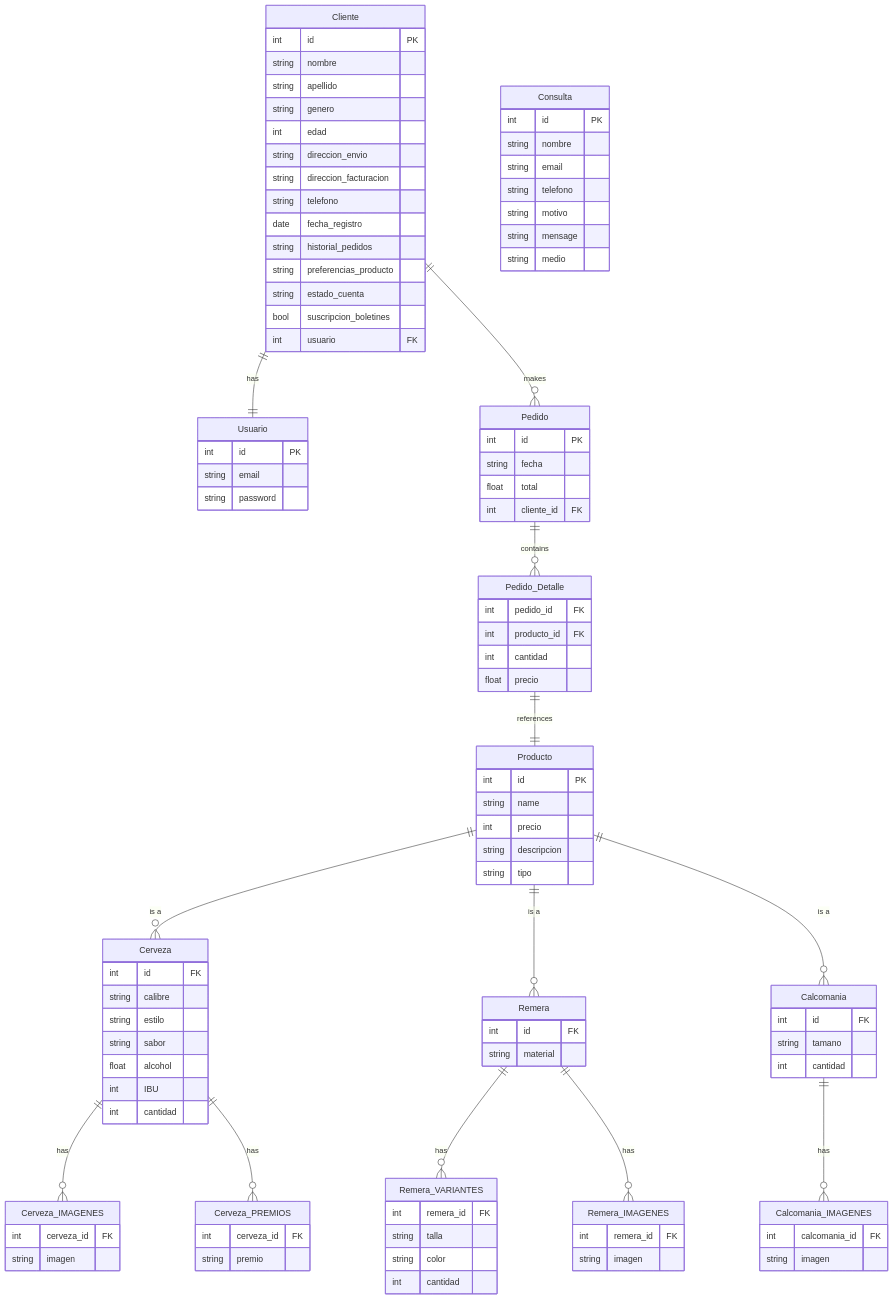
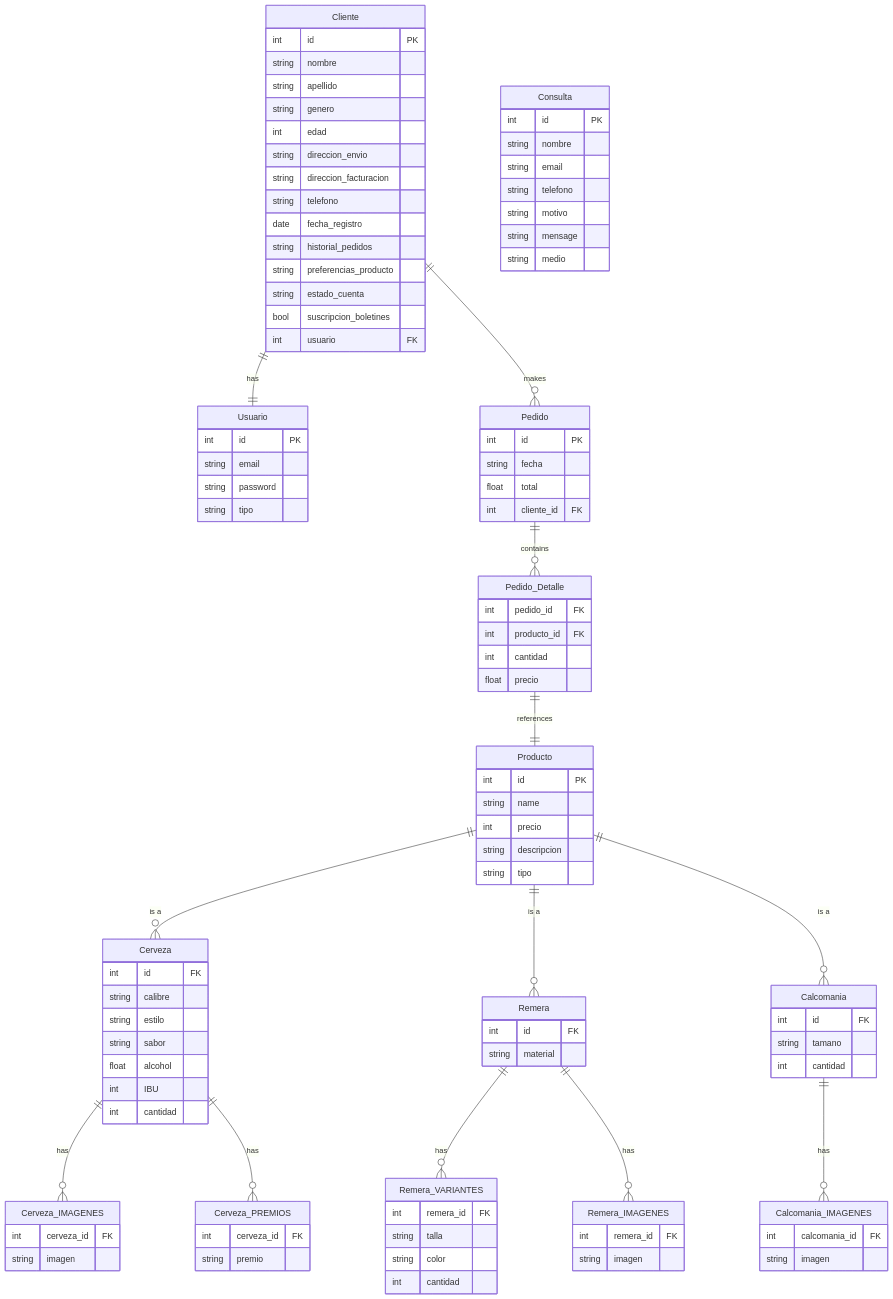
One commit to agustinyedro/cervezadackel changed the diagram in README.md. Above: the diagram before and after it, drawn with Mermaid. The commit also changed 8 other files, not shown here.

```diff
--- a/README.md
+++ b/README.md
@@ -104,6 +104,7 @@
         int id PK
         string email
         string password
+        string tipo
     }
 
     Pedido {
```
